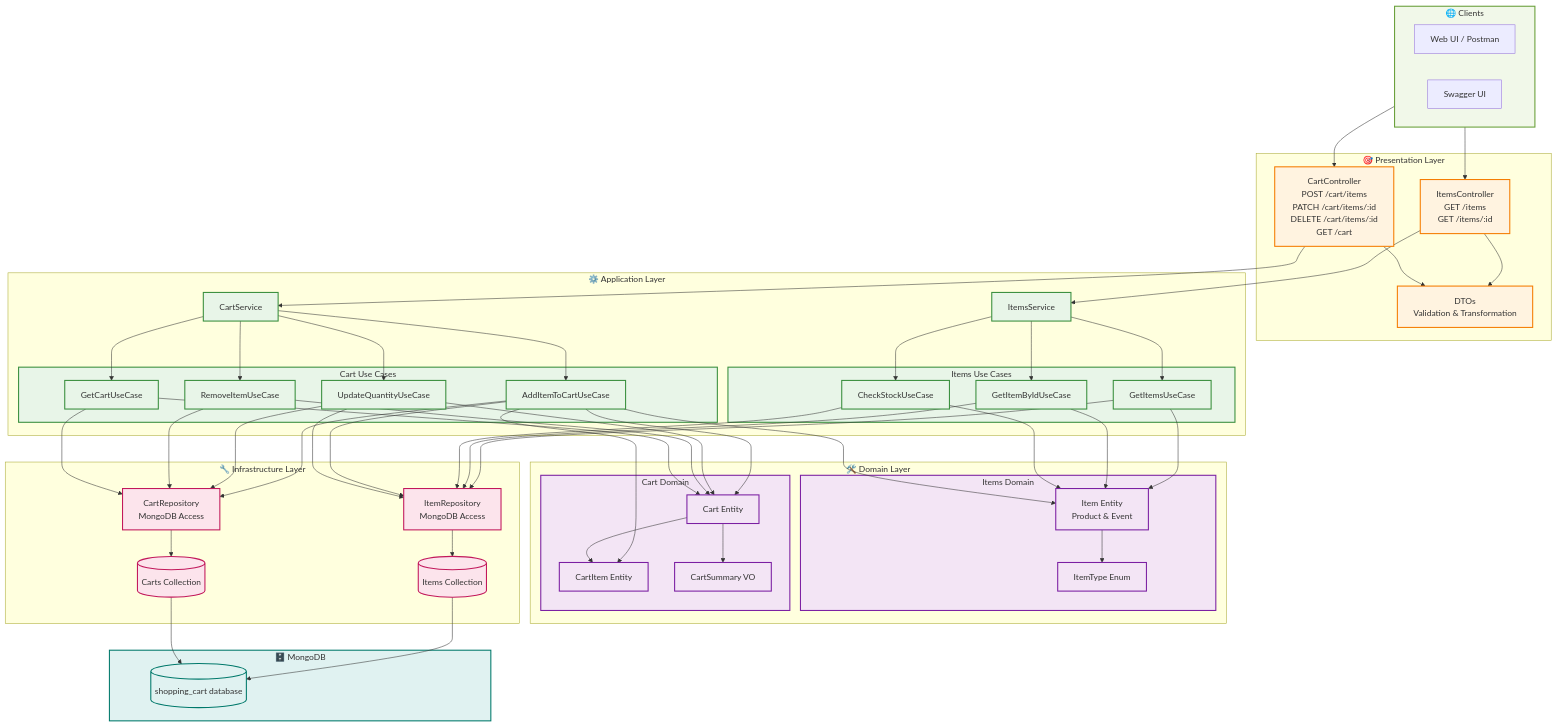
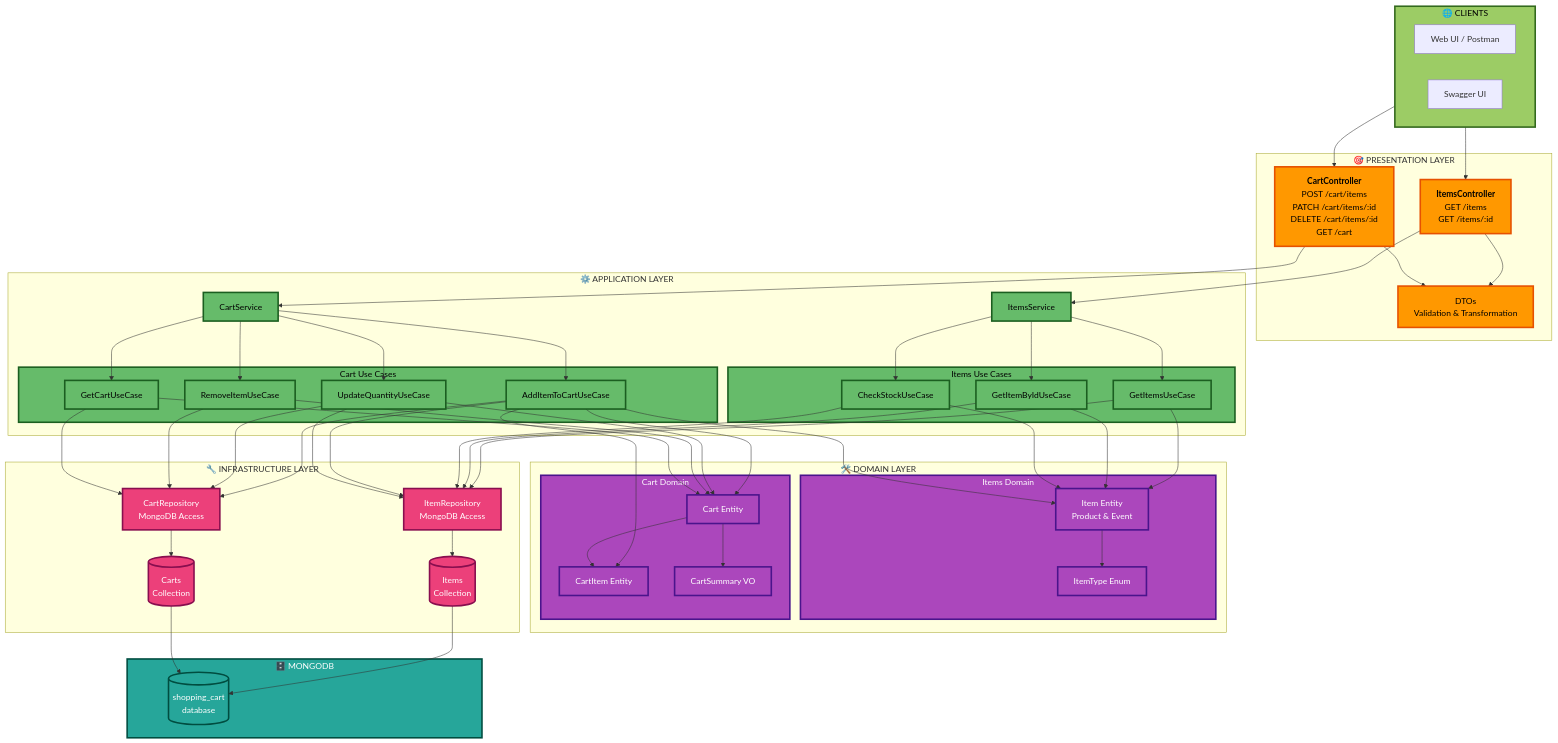
The first of 5 diagrams in README.md (SebastianBC09/backend), drawn with Mermaid before and after one commit. The commit also changed other lines of this file, not shown here.

````diff
--- a/README.md
+++ b/README.md
@@ -114,17 +114,17 @@
 ```mermaid
 flowchart TB
-    subgraph External["🌐 Clients"]
+    subgraph External["🌐 CLIENTS"]
         UI[Web UI / Postman]
         SWAGGER[Swagger UI]
     end
 
-    subgraph Presentation["🎯 Presentation Layer"]
-        ItemsCtrl[ItemsController<br/>GET /items<br/>GET /items/:id]
-        CartCtrl[CartController<br/>POST /cart/items<br/>PATCH /cart/items/:id<br/>DELETE /cart/items/:id<br/>GET /cart]
+    subgraph Presentation["🎯 PRESENTATION LAYER"]
+        ItemsCtrl["<b>ItemsController</b><br/>GET /items<br/>GET /items/:id"]
+        CartCtrl["<b>CartController</b><br/>POST /cart/items<br/>PATCH /cart/items/:id<br/>DELETE /cart/items/:id<br/>GET /cart"]
         DTOs[DTOs<br/>Validation & Transformation]
     end
 
-    subgraph Application["⚙️ Application Layer"]
+    subgraph Application["⚙️ APPLICATION LAYER"]
         ItemsService[ItemsService]
         CartService[CartService]
 
@@ -142,7 +142,7 @@
         end
     end
 
-    subgraph Domain["🛠️ Domain Layer"]
+    subgraph Domain["🛠️ DOMAIN LAYER"]
         subgraph ItemsDomain["Items Domain"]
             ItemEntity[Item Entity<br/>Product & Event]
             ItemType[ItemType Enum]
@@ -155,15 +155,15 @@
         end
     end
 
-    subgraph Infrastructure["🔧 Infrastructure Layer"]
+    subgraph Infrastructure["🔧 INFRASTRUCTURE LAYER"]
         ItemRepo[ItemRepository<br/>MongoDB Access]
         CartRepo[CartRepository<br/>MongoDB Access]
-        ItemSchema[(Items Collection)]
-        CartSchema[(Carts Collection)]
+        ItemSchema[("Items<br/>Collection")]
+        CartSchema[("Carts<br/>Collection")]
     end
 
-    subgraph Database["🗄️ MongoDB"]
-        DB[(shopping_cart database)]
+    subgraph Database["🗄️ MONGODB"]
+        DB[("shopping_cart<br/>database")]
     end
 
     %% Client connections
@@ -220,13 +220,13 @@
     ItemSchema --> DB
     CartSchema --> DB
 
-    %% Styling
-    classDef presentation fill:#fff3e0,stroke:#f57c00,stroke-width:2px
-    classDef application fill:#e8f5e8,stroke:#388e3c,stroke-width:2px
-    classDef domain fill:#f3e5f5,stroke:#7b1fa2,stroke-width:2px
-    classDef infrastructure fill:#fce4ec,stroke:#c2185b,stroke-width:2px
-    classDef external fill:#f1f8e9,stroke:#689f38,stroke-width:2px
-    classDef database fill:#e0f2f1,stroke:#00796b,stroke-width:2px
+    %% Enhanced Styling with Better Contrast
+    classDef presentation fill:#ff9800,stroke:#e65100,stroke-width:3px,color:#000
+    classDef application fill:#66bb6a,stroke:#1b5e20,stroke-width:3px,color:#000
+    classDef domain fill:#ab47bc,stroke:#4a148c,stroke-width:3px,color:#fff
+    classDef infrastructure fill:#ec407a,stroke:#880e4f,stroke-width:3px,color:#fff
+    classDef external fill:#9ccc65,stroke:#33691e,stroke-width:3px,color:#000
+    classDef database fill:#26a69a,stroke:#004d40,stroke-width:3px,color:#fff
 
     class ItemsCtrl,CartCtrl,DTOs presentation
     class ItemsService,CartService,ItemsUseCases,CartUseCases,GetItems,GetItemById,CheckStock,AddToCart,UpdateQty,RemoveItem,GetCart application
````
